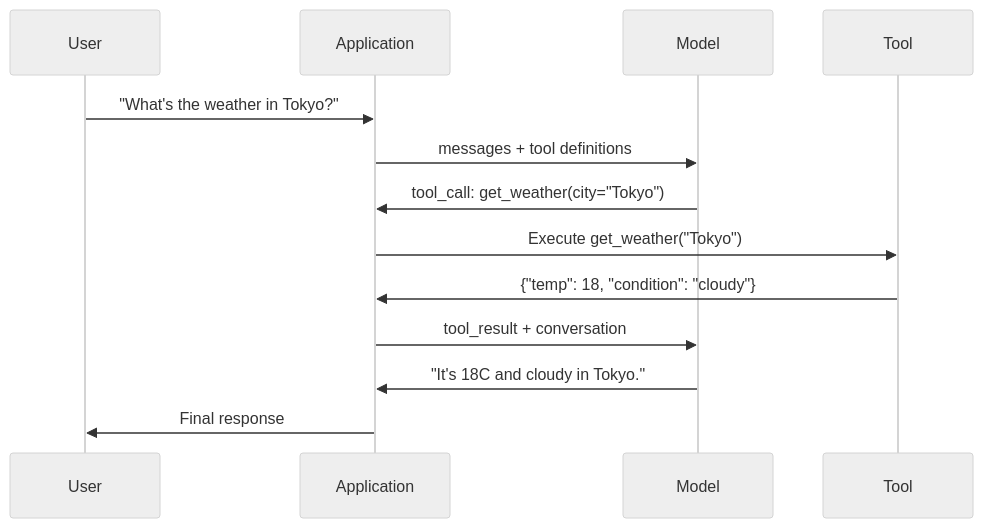
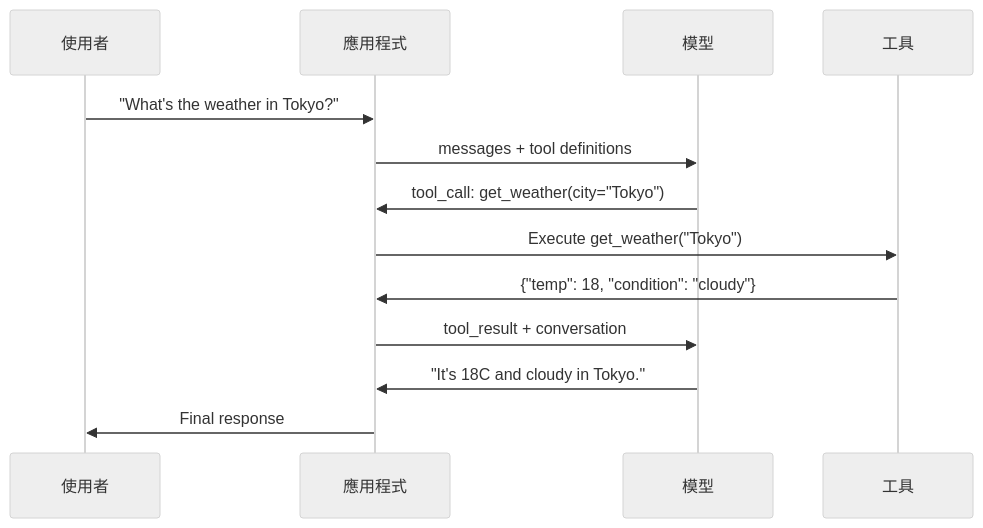
One commit to edward821220/ai-engineering-from-scratch changed the diagram in i18n/zh-TW/phases/11-llm-engineering/09-function-calling/docs/zh-TW.md. Above: the diagram before and after it, drawn with Mermaid (neutral theme). The commit also changed 123 other files, not shown here.

````diff
--- a/i18n/zh-TW/phases/11-llm-engineering/09-function-calling/docs/zh-TW.md
+++ b/i18n/zh-TW/phases/11-llm-engineering/09-function-calling/docs/zh-TW.md
@@ -38,16 +38,16 @@
 ```mermaid
 sequenceDiagram
-    participant U as User
-    participant A as Application
-    participant M as Model
-    participant T as Tool
+    participant U as 使用者
+    participant A as 應用程式
+    participant M as 模型
+    participant T as 工具
 
     U->>A: "What's the weather in Tokyo?"
     A->>M: messages + tool definitions
     M->>A: tool_call: get_weather(city="Tokyo")
     A->>T: Execute get_weather("Tokyo")
     T->>A: {"temp": 18, "condition": "cloudy"}
     A->>M: tool_result + conversation
     M->>A: "It's 18C and cloudy in Tokyo."
     A->>U: Final response
 ```
````
